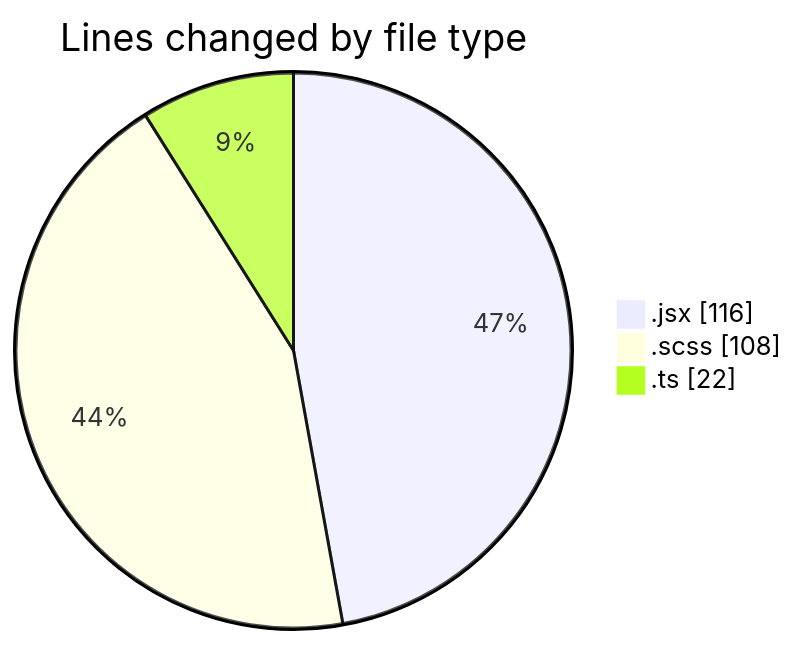
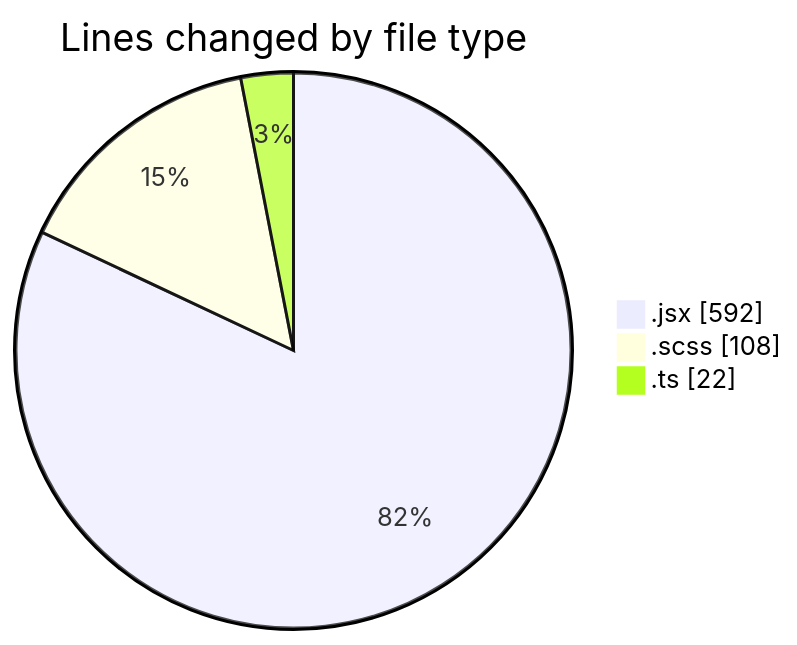
Before and after one commit to momahboobian/code-tracking: the first of 2 diagrams in 2026-09-01/cda/README.md, drawn with Mermaid. The commit also changed other lines of this file and 1 other file, not shown here.

````diff
--- a/2026-09-01/cda/README.md
+++ b/2026-09-01/cda/README.md
@@ -24,7 +31,7 @@
 ```mermaid
 pie showData
 title Lines changed by file type
-".jsx" : 116
+".jsx" : 592
 ".scss" : 108
 ".ts" : 22
 ```
````
